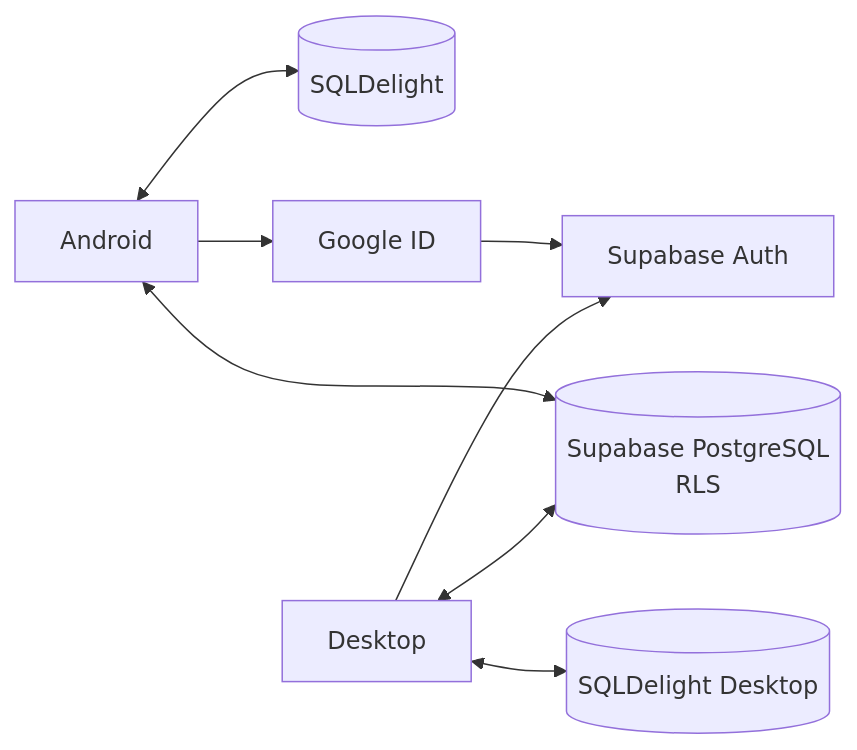
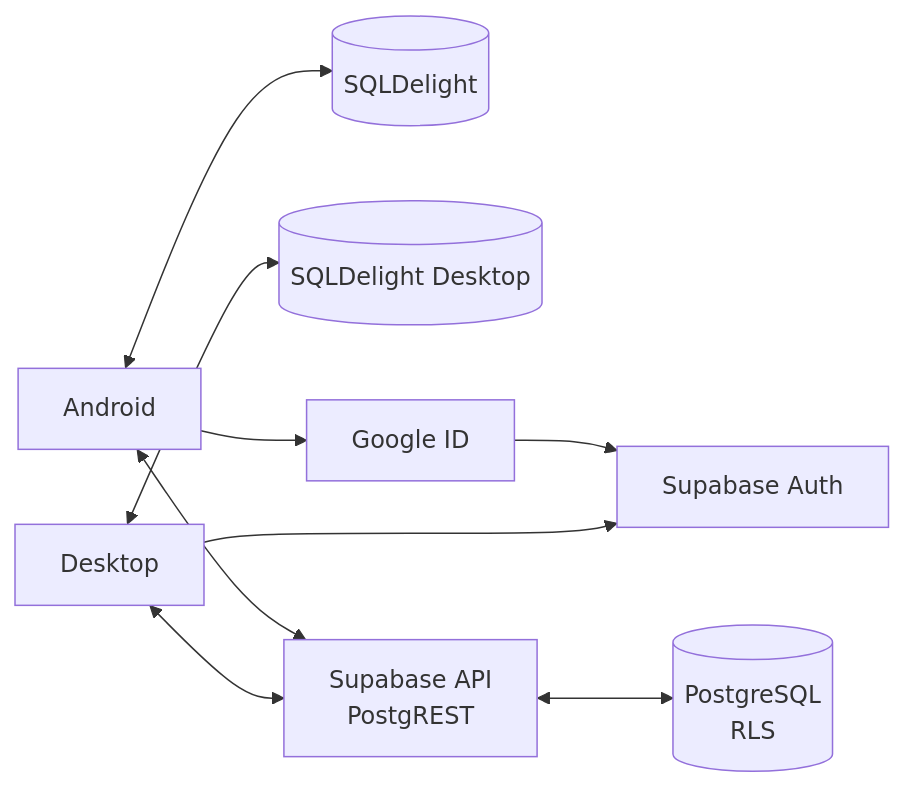
Before and after one commit to asensiodev/Carbura: the second of 3 diagrams in readme.md, drawn with Mermaid. The commit also changed other lines of this file and 5 other files, not shown here.

````diff
--- a/readme.md
+++ b/readme.md
@@ -271,10 +250,11 @@
 ```mermaid
 flowchart LR
     Android[Android] <--> LocalDB[(SQLDelight)]
     Desktop[Desktop] <--> DesktopDB[(SQLDelight Desktop)]
     Android --> GoogleID[Google ID]
     GoogleID --> SupabaseAuth[Supabase Auth]
-    Android <--> SupabaseDB[(Supabase PostgreSQL\nRLS)]
-    Desktop <--> SupabaseDB
     Desktop --> SupabaseAuth
+    Android <--> SupabaseApi["Supabase API<br/>PostgREST"]
+    Desktop <--> SupabaseApi
+    SupabaseApi <--> SupabaseDB[("PostgreSQL<br/>RLS")]
 ```
````
